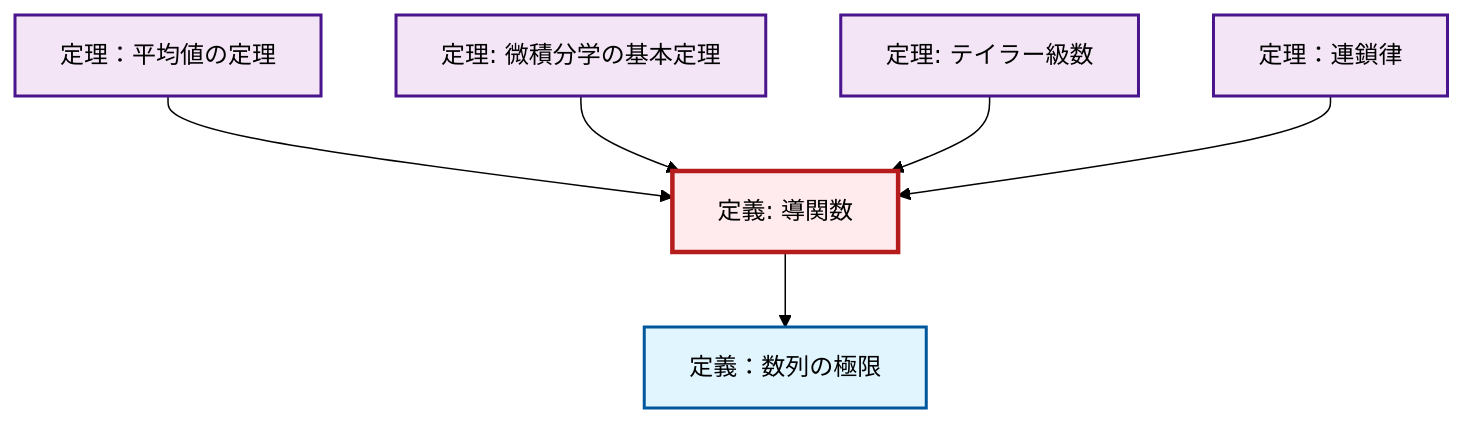
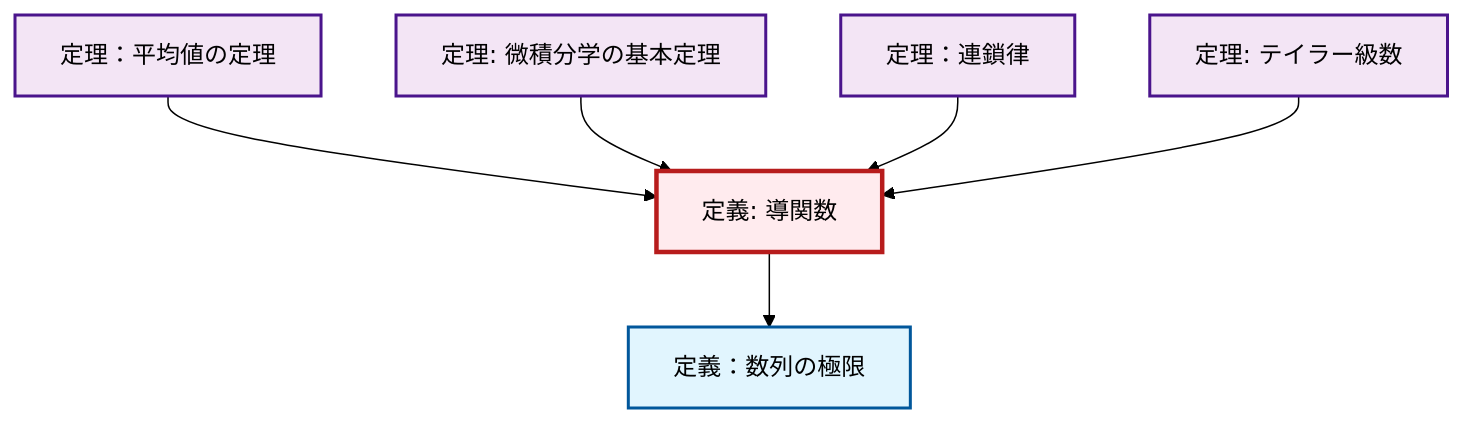
Before and after one commit to RK0429/ModernMath: the diagram in output/mermaid/ja/def-derivative.mermaid, drawn with Mermaid (forest theme). The commit also changed other lines of this file and 321 other files, not shown here.

```diff
--- a/output/mermaid/ja/def-derivative.mermaid
+++ b/output/mermaid/ja/def-derivative.mermaid
@@ -1,19 +1,19 @@
 %%| fig-cap: "Local dependency graph"
 graph TD
     classDef definition fill:#e1f5fe,stroke:#01579b,stroke-width:2px
     classDef theorem fill:#f3e5f5,stroke:#4a148c,stroke-width:2px
     classDef axiom fill:#fff3e0,stroke:#e65100,stroke-width:2px
     classDef example fill:#e8f5e9,stroke:#1b5e20,stroke-width:2px
     classDef current fill:#ffebee,stroke:#b71c1c,stroke-width:3px
     thm-chain-rule["定理：連鎖律"]:::theorem
+    def-limit["定義：数列の極限"]:::definition
+    def-derivative["定義: 導関数"]:::definition
     thm-taylor-series["定理: テイラー級数"]:::theorem
-    def-derivative["定義: 導関数"]:::definition
+    thm-fundamental-calculus["定理: 微積分学の基本定理"]:::theorem
     thm-mean-value["定理：平均値の定理"]:::theorem
-    def-limit["定義：数列の極限"]:::definition
-    thm-fundamental-calculus["定理: 微積分学の基本定理"]:::theorem
+    def-derivative --> def-limit
     thm-mean-value --> def-derivative
-    def-derivative --> def-limit
     thm-fundamental-calculus --> def-derivative
+    thm-chain-rule --> def-derivative
     thm-taylor-series --> def-derivative
-    thm-chain-rule --> def-derivative
     class def-derivative current
```
